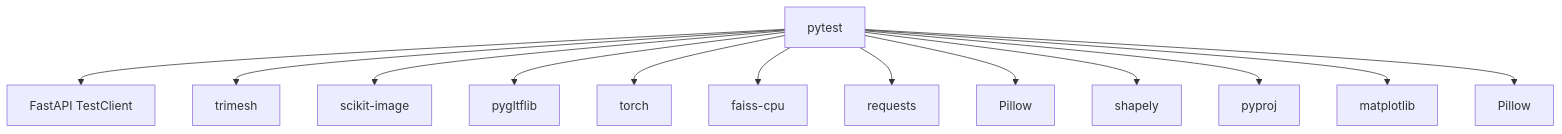
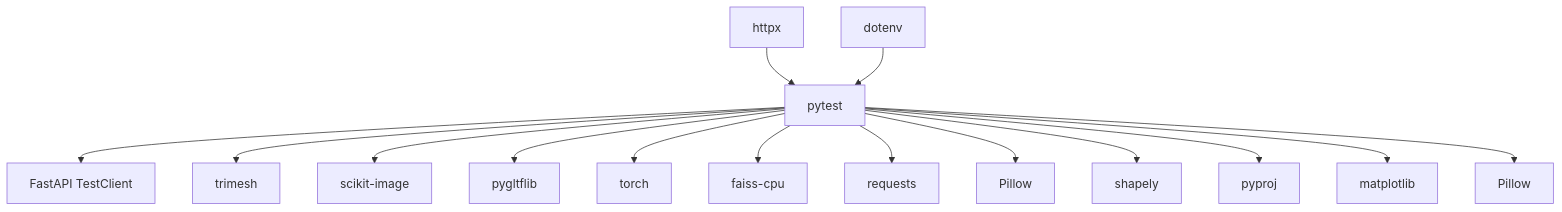
One commit to wsqstar/RoadGen3D changed the seventh of 7 diagrams in .qoder/repowiki/zh/content/开发者指南/测试策略与实践.md. Above: the diagram before and after it, drawn with Mermaid. The commit also changed other lines of this file and 6 other files, not shown here.

````diff
--- a/.qoder/repowiki/zh/content/开发者指南/测试策略与实践.md
+++ b/.qoder/repowiki/zh/content/开发者指南/测试策略与实践.md
@@ -417,28 +586,32 @@
 ```mermaid
 graph TB
 PY["pytest"]
 FA["FastAPI TestClient"]
 TR["trimesh"]
 SI["scikit-image"]
 PG["pygltflib"]
 TH["torch"]
 FC["faiss-cpu"]
 RE["requests"]
 PI["Pillow"]
 SH["shapely"]
 PJ["pyproj"]
 MAT["matplotlib"]
 PIL["Pillow"]
+HT["httpx"]
+DV["dotenv"]
 PY --> FA
 PY --> TR
 PY --> SI
 PY --> PG
 PY --> TH
 PY --> FC
 PY --> RE
 PY --> PI
 PY --> SH
 PY --> PJ
 PY --> MAT
 PY --> PIL
+HT --> PY
+DV --> PY
 ```
````
